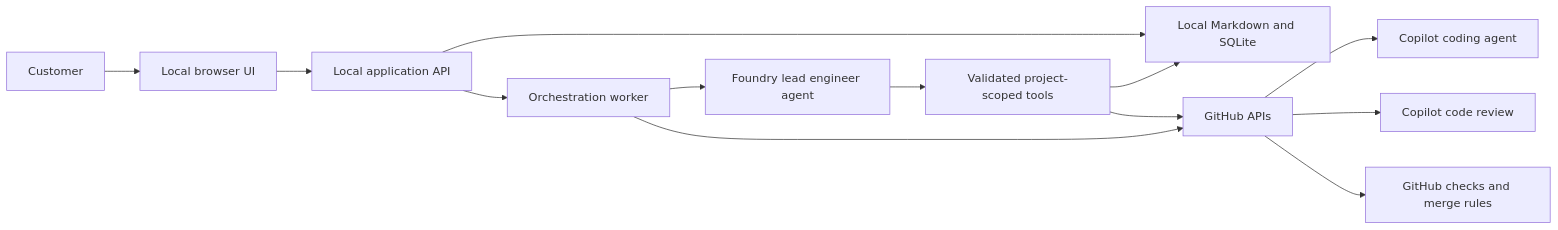
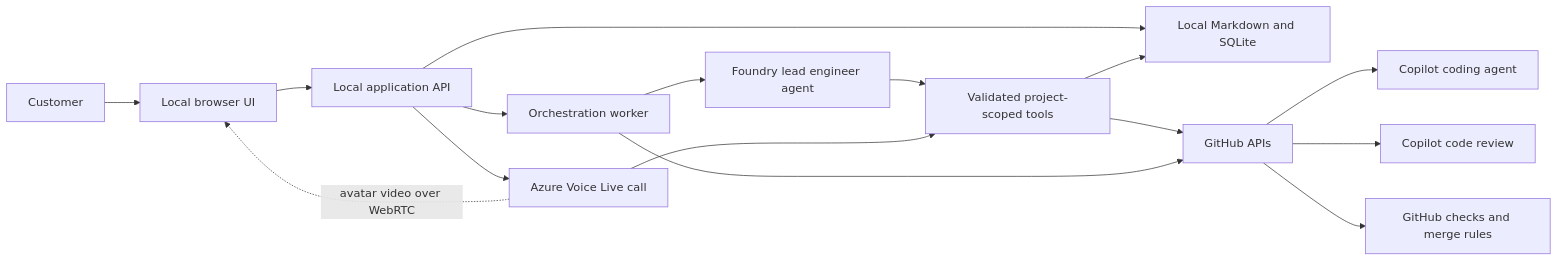
Before and after one commit to lucashuet93/software-factory: the diagram in SPEC.md, drawn with Mermaid. The commit also changed other lines of this file and 18 other files, not shown here.

Commit message:
add video chat capability with avatar

````diff
--- a/SPEC.md
+++ b/SPEC.md
@@ -406,15 +430,18 @@
 ```mermaid
 flowchart LR
     CUSTOMER[Customer] --> UI[Local browser UI]
     UI --> API[Local application API]
     API --> STORE[Local Markdown and SQLite]
     API --> WORKER[Orchestration worker]
     WORKER --> FOUNDRY[Foundry lead engineer agent]
     FOUNDRY --> TOOLS[Validated project-scoped tools]
     TOOLS --> STORE
     TOOLS --> GH[GitHub APIs]
     WORKER --> GH
     GH --> CODER[Copilot coding agent]
     GH --> REVIEW[Copilot code review]
     GH --> CI[GitHub checks and merge rules]
+    API --> VOICE[Azure Voice Live call]
+    VOICE --> TOOLS
+    VOICE -. avatar video over WebRTC .-> UI
 ```
````
